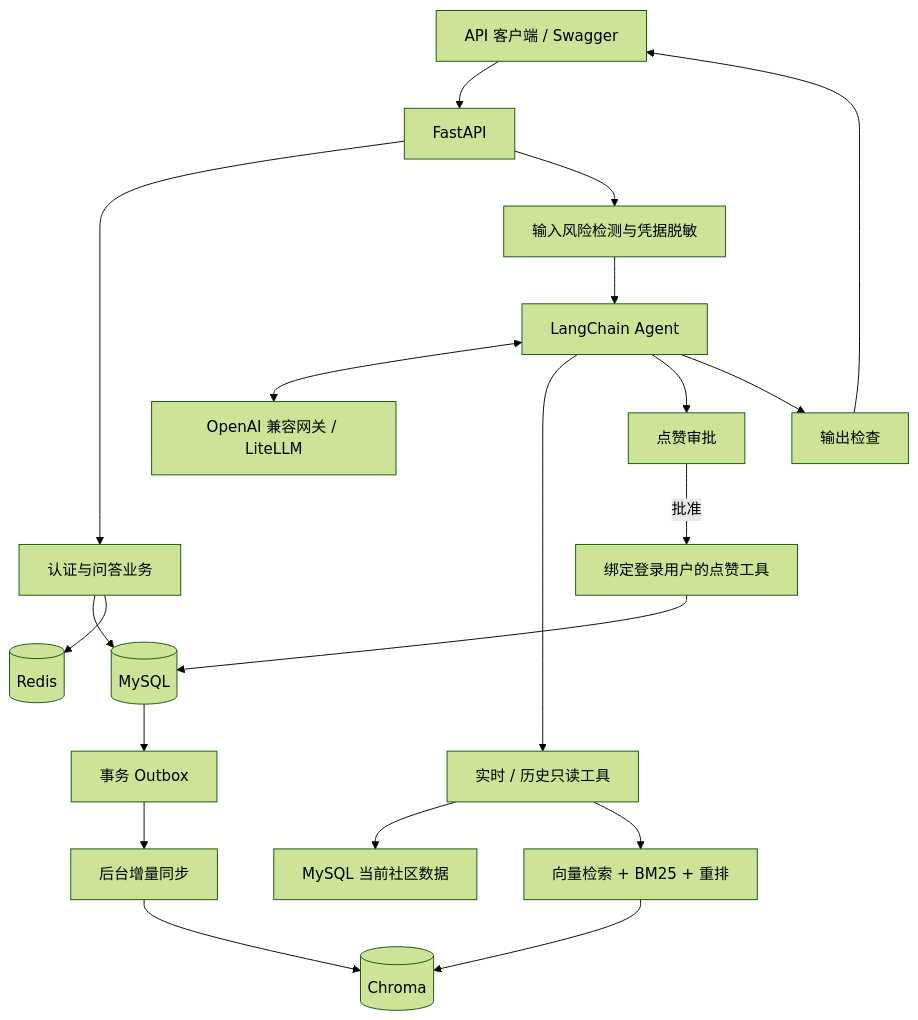
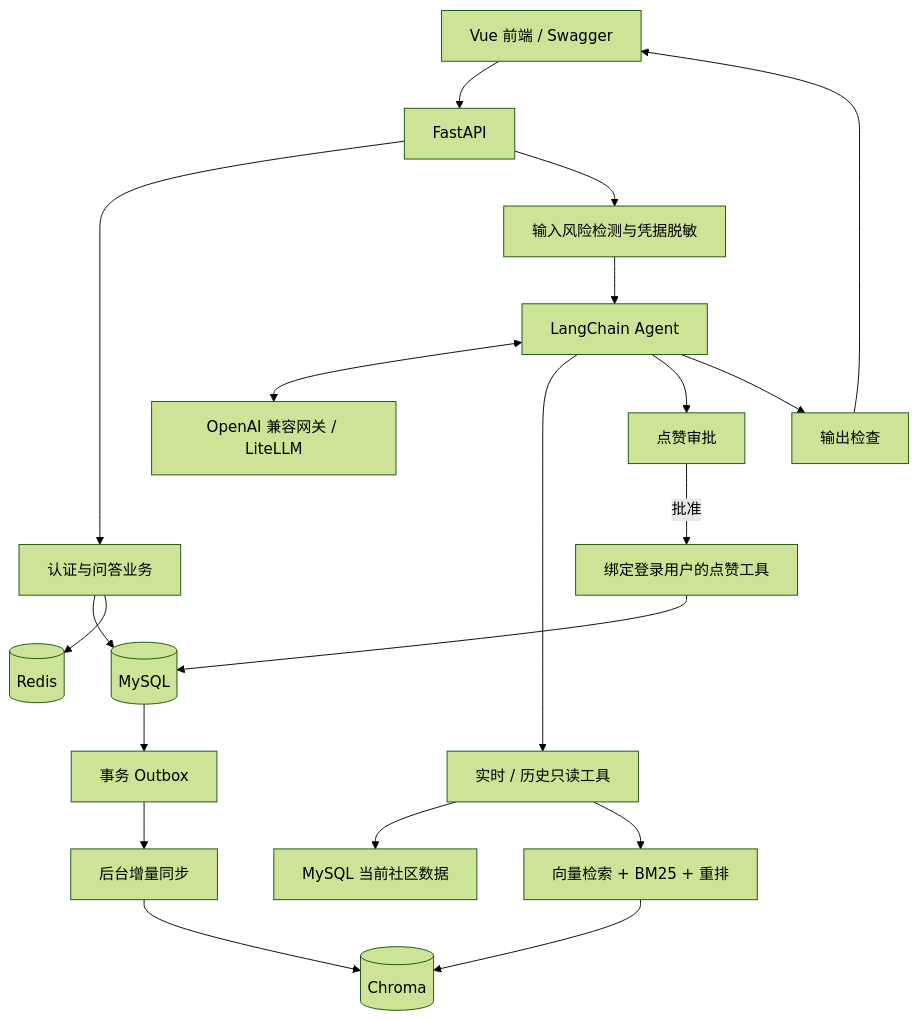
The diagram in README.md (jj-wang005/qa-community), drawn with Mermaid (forest theme) before and after one commit. The commit also changed other lines of this file, not shown here.

````diff
--- a/README.md
+++ b/README.md
@@ -25,22 +25,22 @@
 ```mermaid
 flowchart TD
-    Client[API 客户端 / Swagger] --> API[FastAPI]
+    Client[Vue 前端 / Swagger] --> API[FastAPI]
     API --> Business[认证与问答业务]
     Business --> MySQL[(MySQL)]
     Business --> Redis[(Redis)]
     API --> Guard[输入风险检测与凭据脱敏]
     Guard --> Agent[LangChain Agent]
     Agent <--> LLM[OpenAI 兼容网关 / LiteLLM]
     Agent --> Read[实时 / 历史只读工具]
     Read --> Live[MySQL 当前社区数据]
     Read --> RAG[向量检索 + BM25 + 重排]
     RAG --> Chroma[(Chroma)]
     Agent --> HITL[点赞审批]
     HITL -->|批准| Like[绑定登录用户的点赞工具]
     Like --> MySQL
     Agent --> Output[输出检查]
     Output --> Client
     MySQL --> Outbox[事务 Outbox]
     Outbox --> Sync[后台增量同步]
     Sync --> Chroma
 ```
````
